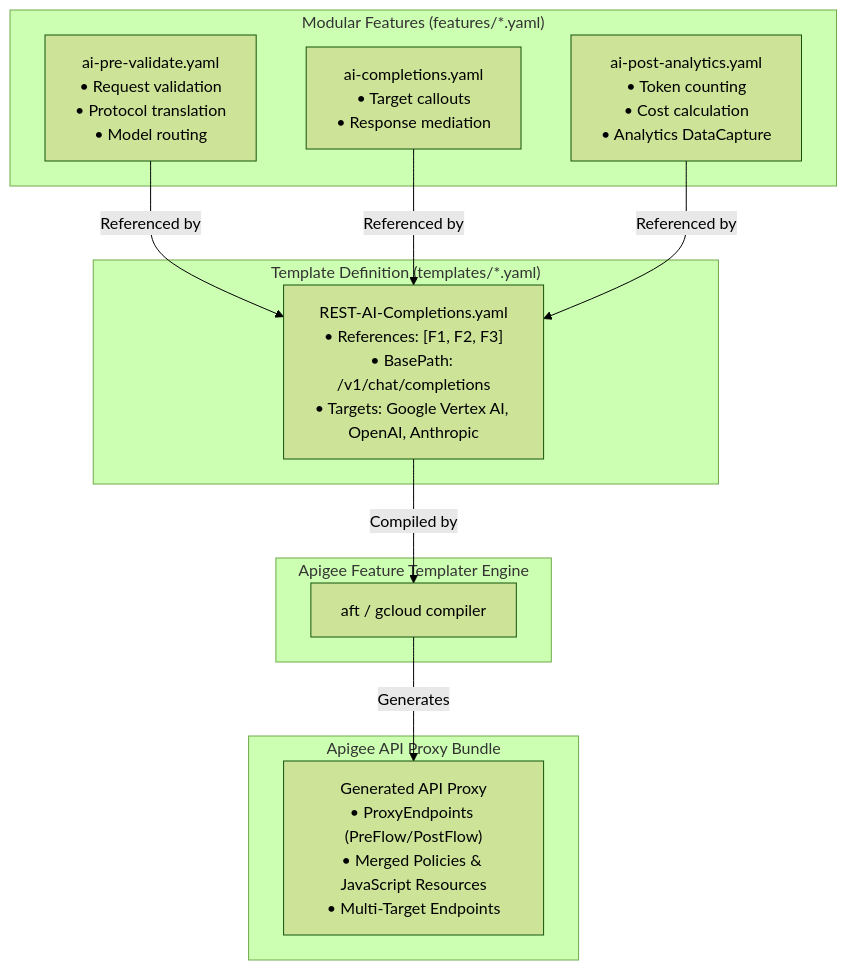
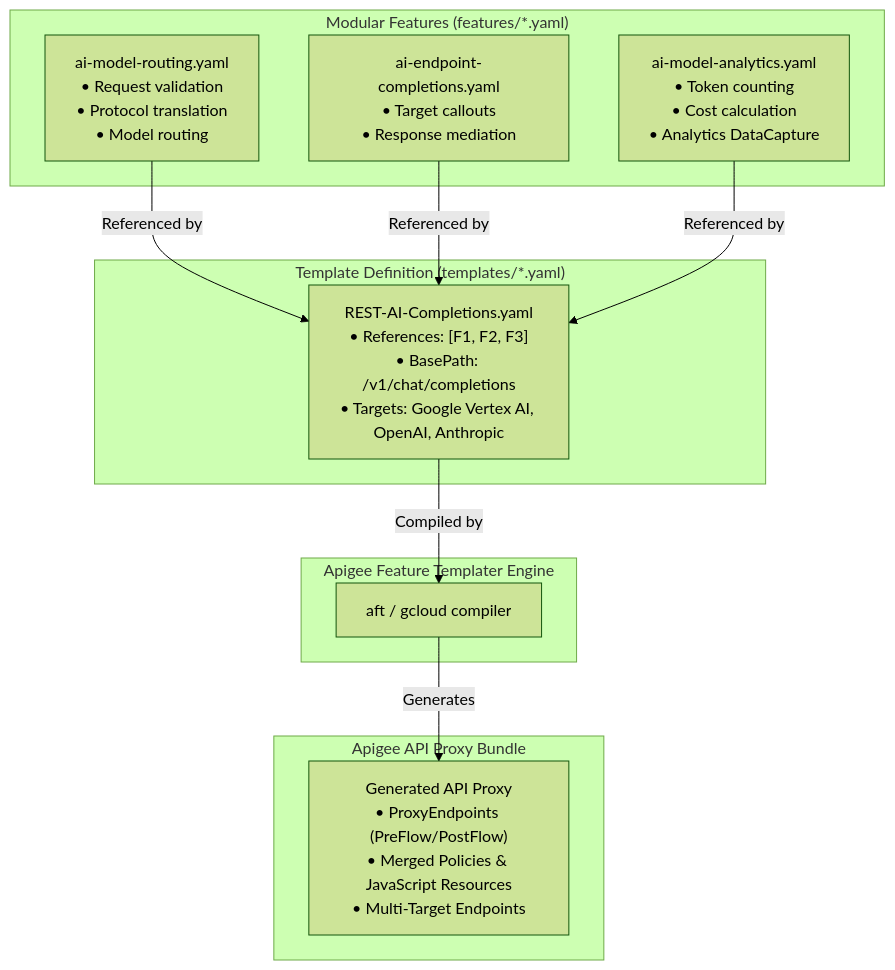
One commit to gcp-samples/apigee-templates-repository changed the second of 2 diagrams in README.md. Above: the diagram before and after it, drawn with Mermaid (forest theme). The commit also changed other lines of this file, not shown here.

````diff
--- a/README.md
+++ b/README.md
@@ -74,26 +74,26 @@
 ```mermaid
 graph TD
     subgraph Features ["Modular Features (features/*.yaml)"]
-        F1["ai-pre-validate.yaml<br/>• Request validation<br/>• Protocol translation<br/>• Model routing"]
-        F2["ai-completions.yaml<br/>• Target callouts<br/>• Response mediation"]
-        F3["ai-post-analytics.yaml<br/>• Token counting<br/>• Cost calculation<br/>• Analytics DataCapture"]
+        F1["ai-model-routing.yaml<br/>• Request validation<br/>• Protocol translation<br/>• Model routing"]
+        F2["ai-endpoint-completions.yaml<br/>• Target callouts<br/>• Response mediation"]
+        F3["ai-model-analytics.yaml<br/>• Token counting<br/>• Cost calculation<br/>• Analytics DataCapture"]
     end
 
     subgraph Template ["Template Definition (templates/*.yaml)"]
         T["REST-AI-Completions.yaml<br/>• References: [F1, F2, F3]<br/>• BasePath: /v1/chat/completions<br/>• Targets: Google Vertex AI, OpenAI, Anthropic"]
     end
 
     subgraph Engine ["Apigee Feature Templater Engine"]
         AFT["aft / gcloud compiler"]
     end
 
     subgraph Proxy ["Apigee API Proxy Bundle"]
         P["Generated API Proxy<br/>• ProxyEndpoints (PreFlow/PostFlow)<br/>• Merged Policies & JavaScript Resources<br/>• Multi-Target Endpoints"]
     end
 
     F1 -->|Referenced by| T
     F2 -->|Referenced by| T
     F3 -->|Referenced by| T
     T -->|Compiled by| AFT
     AFT -->|Generates| P
 ```
````
